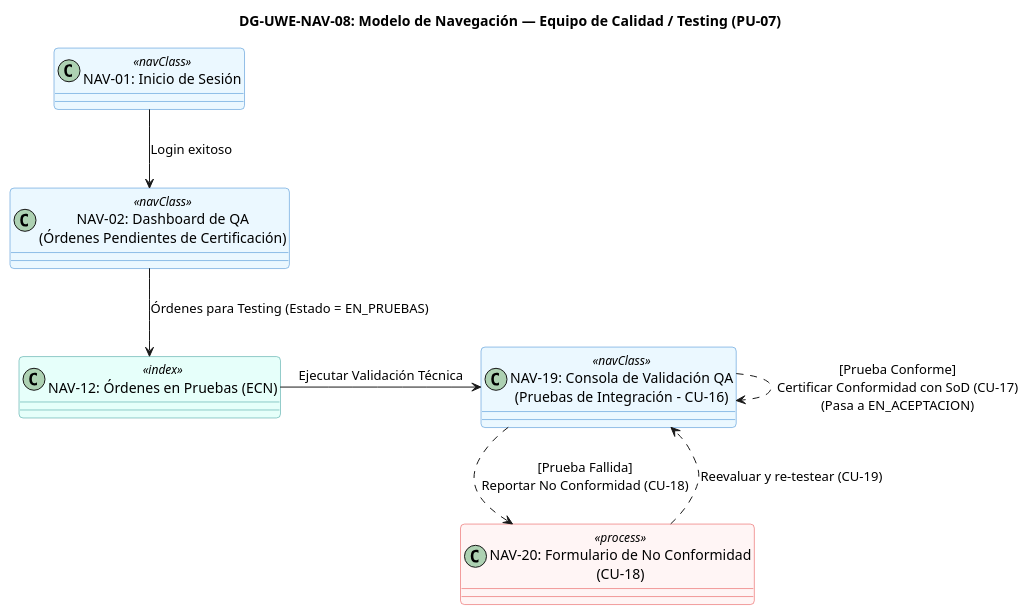
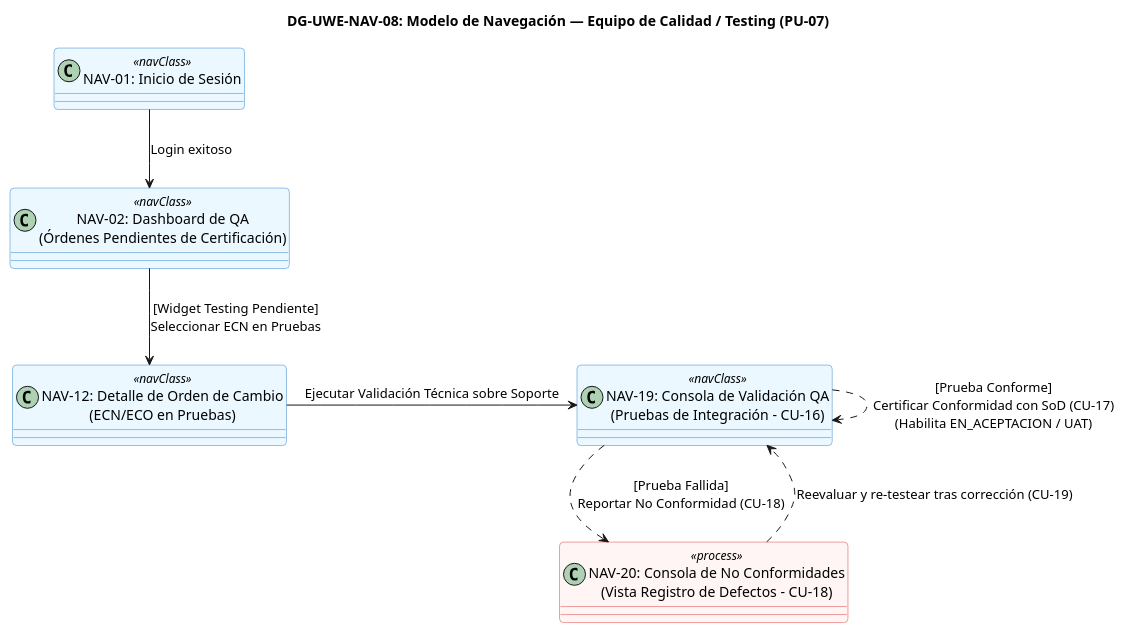
Diagram 23 of 36 in FD05-EPIS-Informe_SAD_Diseno.md (JMedina255/TraceFlow), drawn with PlantUML before and after one commit. The commit also changed other lines of this file and 1 other file, not shown here.

Commit message:
docs(sad-diseno): incorporar modelo uwe de presentacion seccion 20, dg-uwe-pres-01..13 y saneamiento nav

````diff
--- a/FD05-EPIS-Informe_SAD_Diseno.md
+++ b/FD05-EPIS-Informe_SAD_Diseno.md
@@ -2685,36 +2702,36 @@
 ```plantuml
 @startuml
 skinparam shadowing false
 skinparam roundcorner 8
 skinparam defaultFontName Arial
 skinparam packageStyle rectangle
 
 title <b>DG-UWE-NAV-08: Modelo de Navegación — Equipo de Calidad / Testing (PU-07)</b>
 
 skinparam class {
     BackgroundColor<<navClass>> #EBF8FF
     BorderColor<<navClass>> #3182CE
     BackgroundColor<<index>> #E6FFFA
     BorderColor<<index>> #319795
     BackgroundColor<<process>> #FFF5F5
     BorderColor<<process>> #E53E3E
 }
 
 class "NAV-01: Inicio de Sesión" as NAV01 <<navClass>>
 class "NAV-02: Dashboard de QA\n(Órdenes Pendientes de Certificación)" as NAV02 <<navClass>>
 
-class "NAV-12: Órdenes en Pruebas (ECN)" as NAV12 <<index>>
+class "NAV-12: Detalle de Orden de Cambio\n(ECN/ECO en Pruebas)" as NAV12 <<navClass>>
 class "NAV-19: Consola de Validación QA\n(Pruebas de Integración - CU-16)" as NAV19 <<navClass>>
-class "NAV-20: Formulario de No Conformidad\n(CU-18)" as NAV20 <<process>>
+class "NAV-20: Consola de No Conformidades\n(Vista Registro de Defectos - CU-18)" as NAV20 <<process>>
 
 NAV01 -down-> NAV02 : Login exitoso
 
-NAV02 -down-> NAV12 : Órdenes para Testing (Estado = EN_PRUEBAS)
-NAV12 -right-> NAV19 : Ejecutar Validación Técnica
+NAV02 -down-> NAV12 : [Widget Testing Pendiente]\nSeleccionar ECN en Pruebas
+NAV12 -right-> NAV19 : Ejecutar Validación Técnica sobre Soporte
 
 NAV19 ..> NAV20 : [Prueba Fallida]\nReportar No Conformidad (CU-18)
-NAV19 ..> NAV19 : [Prueba Conforme]\nCertificar Conformidad con SoD (CU-17)\n(Pasa a EN_ACEPTACION)
-NAV20 ..> NAV19 : Reevaluar y re-testear (CU-19)
+NAV19 ..> NAV19 : [Prueba Conforme]\nCertificar Conformidad con SoD (CU-17)\n(Habilita EN_ACEPTACION / UAT)
+NAV20 ..> NAV19 : Reevaluar y re-testear tras corrección (CU-19)
 
 @enduml
 ```
````
